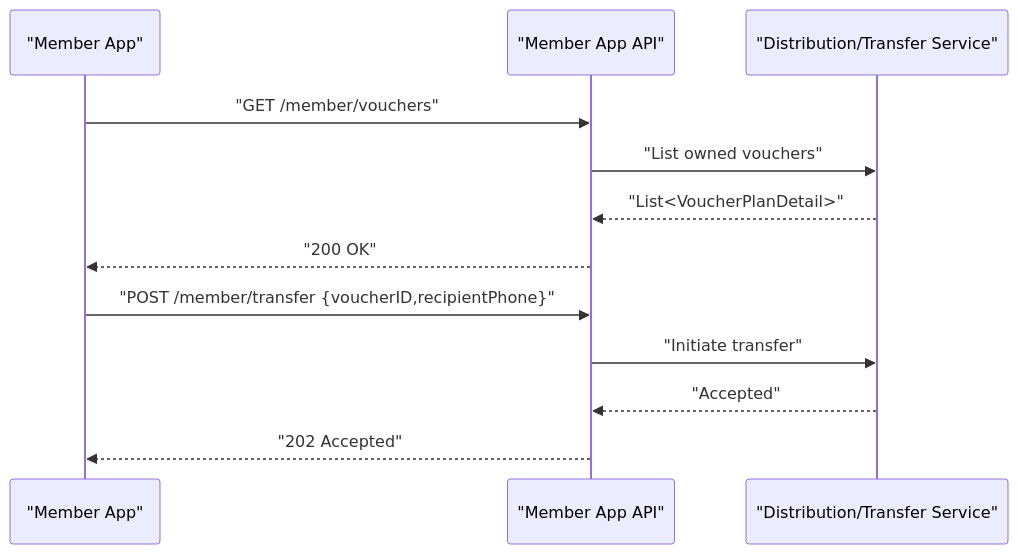
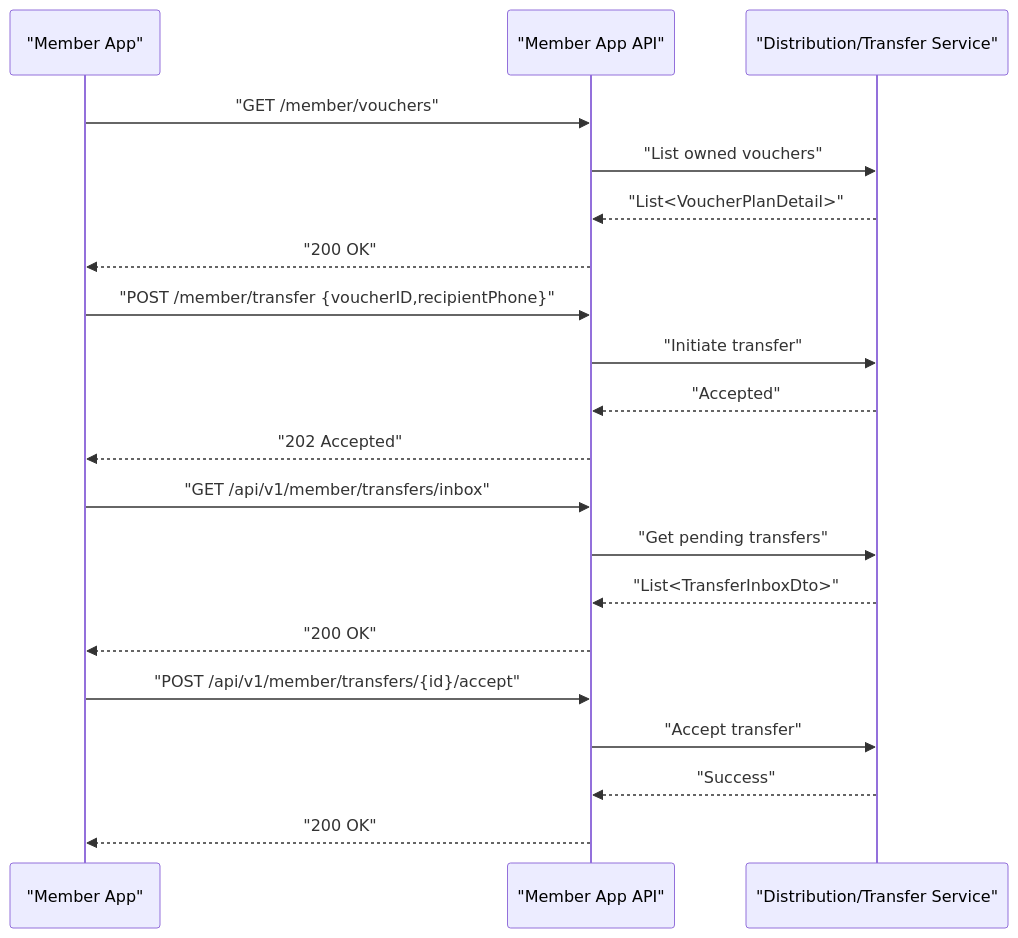
Before and after one commit to lamhongbac/NonCash: the fourth of 6 diagrams in .qoder/repowiki/en/content/API Contracts and Integration/API Contracts and Integration.md, drawn with Mermaid. The commit also changed other lines of this file and 13 other files, not shown here.

````diff
--- a/.qoder/repowiki/en/content/API Contracts and Integration/API Contracts and Integration.md
+++ b/.qoder/repowiki/en/content/API Contracts and Integration/API Contracts and Integration.md
@@ -196,14 +314,22 @@
 ```mermaid
 sequenceDiagram
 participant App as "Member App"
 participant API as "Member App API"
 participant SVC as "Distribution/Transfer Service"
 App->>API : "GET /member/vouchers"
 API->>SVC : "List owned vouchers"
 SVC-->>API : "List<VoucherPlanDetail>"
 API-->>App : "200 OK"
 App->>API : "POST /member/transfer {voucherID,recipientPhone}"
 API->>SVC : "Initiate transfer"
 SVC-->>API : "Accepted"
 API-->>App : "202 Accepted"
+App->>API : "GET /api/v1/member/transfers/inbox"
+API->>SVC : "Get pending transfers"
+SVC-->>API : "List<TransferInboxDto>"
+API-->>App : "200 OK"
+App->>API : "POST /api/v1/member/transfers/{id}/accept"
+API->>SVC : "Accept transfer"
+SVC-->>API : "Success"
+API-->>App : "200 OK"
 ```
````
